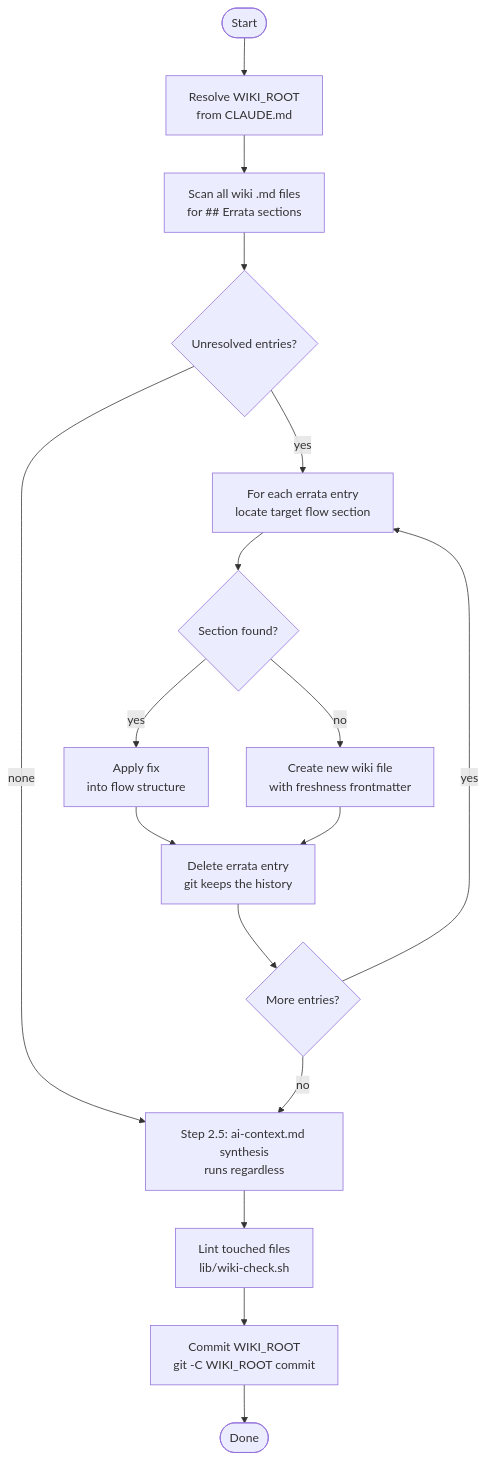
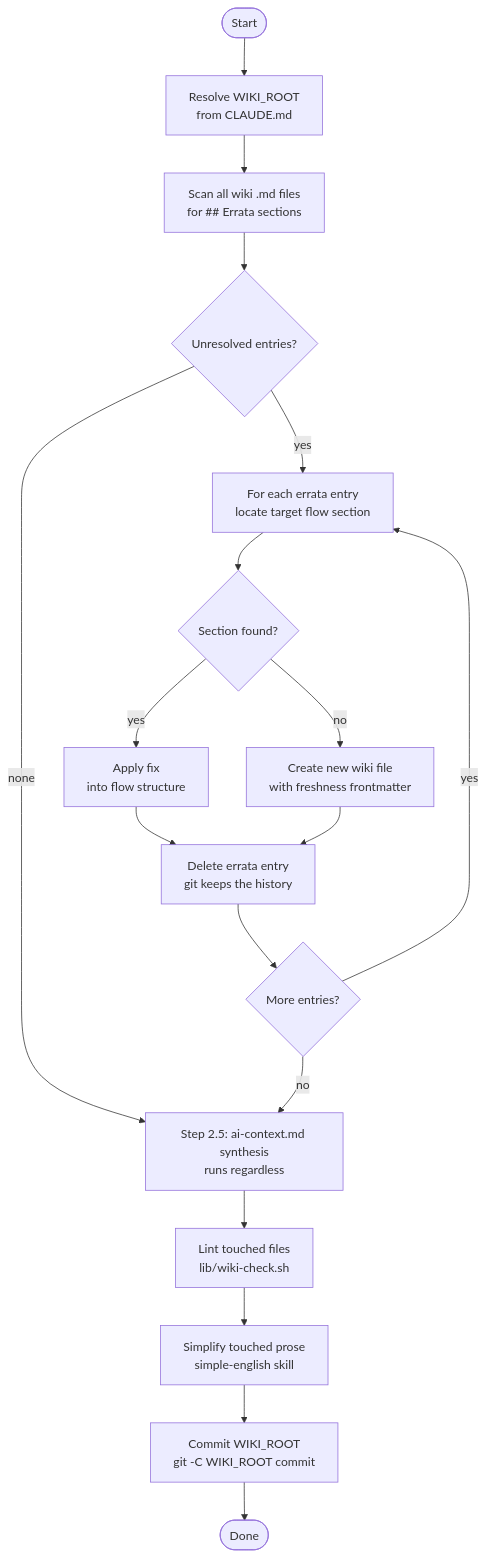
One commit to rogueprocess13/claude-plugins changed the diagram in ticket-auto-pipeline/docs/skills/wiki-maintenance.md. Above: the diagram before and after it, drawn with Mermaid. The commit also changed other lines of this file and 49 other files, not shown here.

````diff
--- a/ticket-auto-pipeline/docs/skills/wiki-maintenance.md
+++ b/ticket-auto-pipeline/docs/skills/wiki-maintenance.md
@@ -35,19 +36,20 @@
 ```mermaid
 flowchart TD
     A([Start]) --> B[Resolve WIKI_ROOT\nfrom CLAUDE.md]
     B --> C[Scan all wiki .md files\nfor ## Errata sections]
     C --> D{Unresolved entries?}
     D -- none --> E[Step 2.5: ai-context.md synthesis\nruns regardless]
     D -- yes --> F[For each errata entry\nlocate target flow section]
     F --> G{Section found?}
     G -- yes --> H[Apply fix\ninto flow structure]
     G -- no --> I[Create new wiki file\nwith freshness frontmatter]
     H --> J[Delete errata entry\ngit keeps the history]
     I --> J
     J --> K{More entries?}
     K -- yes --> F
     K -- no --> E
     E --> L[Lint touched files\nlib/wiki-check.sh]
-    L --> M[Commit WIKI_ROOT\ngit -C WIKI_ROOT commit]
+    L --> O[Simplify touched prose\nsimple-english skill]
+    O --> M[Commit WIKI_ROOT\ngit -C WIKI_ROOT commit]
     M --> N([Done])
 ```
````
